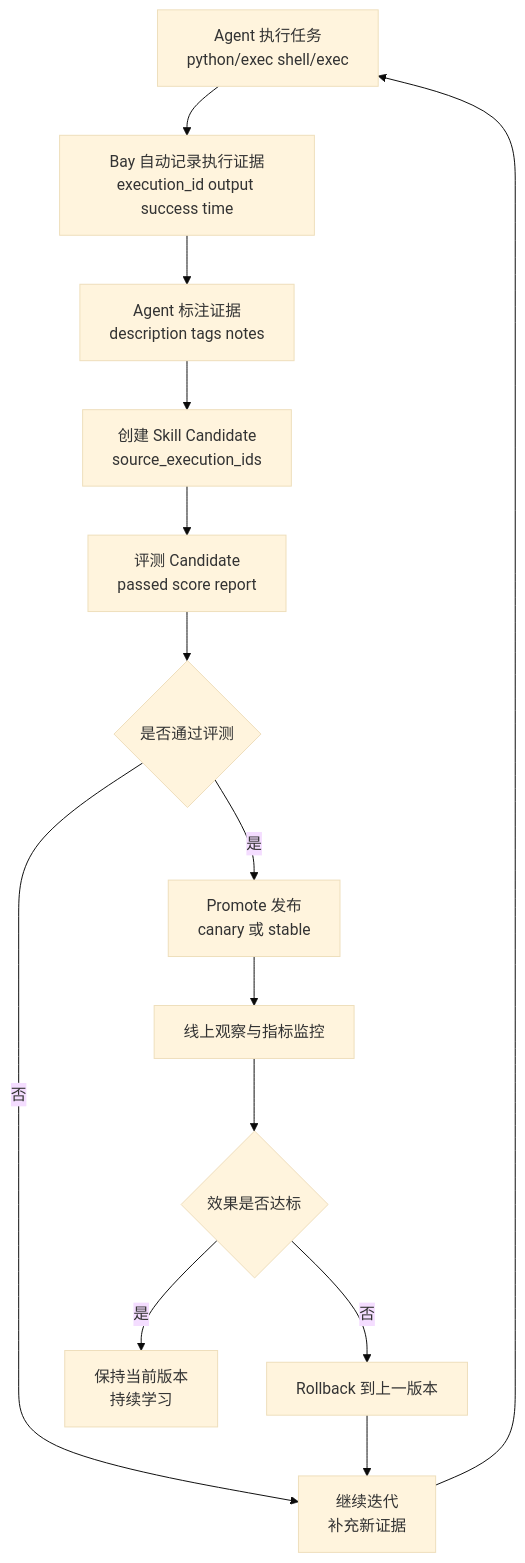
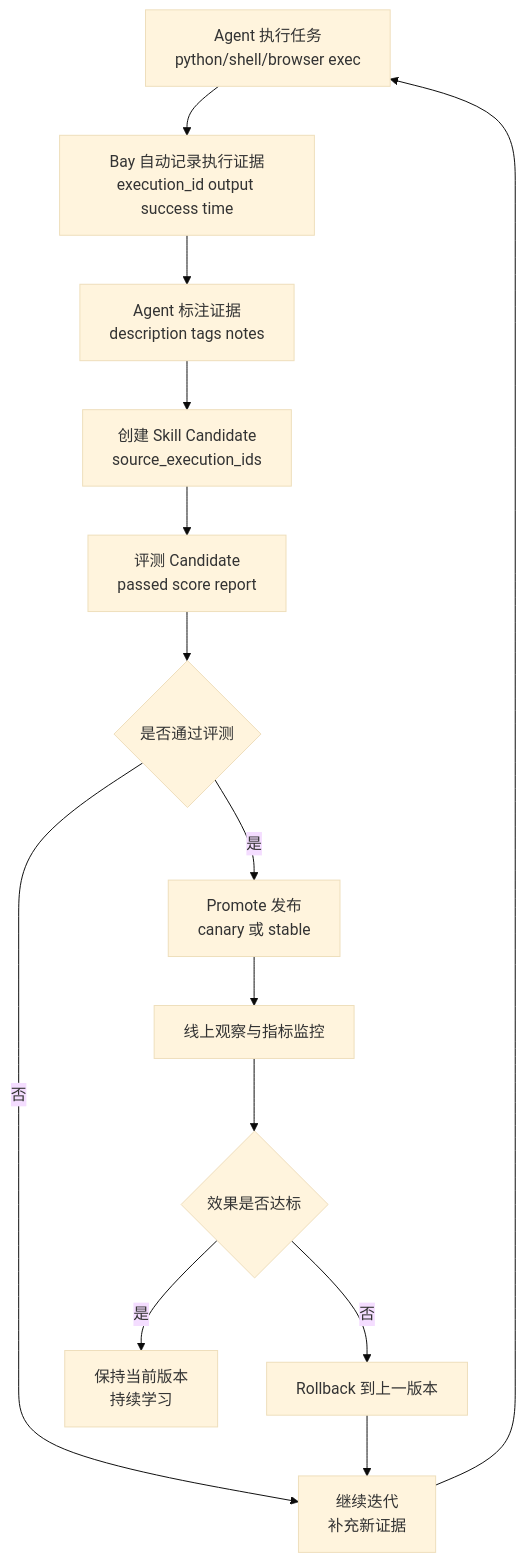
Before and after one commit to AstrBotDevs/shipyard-neo: the second of 2 diagrams in README.md, drawn with Mermaid (base theme). The commit also changed other lines of this file and 59 other files, not shown here.

````diff
--- a/README.md
+++ b/README.md
@@ -119,16 +123,16 @@
 ```mermaid
 flowchart TD
-    A[Agent 执行任务<br/>python/exec shell/exec] --> B[Bay 自动记录执行证据<br/>execution_id output success time]
+    A[Agent 执行任务<br/>python/shell/browser exec] --> B[Bay 自动记录执行证据<br/>execution_id output success time]
     B --> C[Agent 标注证据<br/>description tags notes]
     C --> D[创建 Skill Candidate<br/>source_execution_ids]
     D --> E[评测 Candidate<br/>passed score report]
     E --> F{是否通过评测}
     F -- 否 --> G[继续迭代<br/>补充新证据]
     G --> A
     F -- 是 --> H[Promote 发布<br/>canary 或 stable]
     H --> I[线上观察与指标监控]
     I --> J{效果是否达标}
     J -- 是 --> K[保持当前版本<br/>持续学习]
     J -- 否 --> L[Rollback 到上一版本]
     L --> G
 ```
````
